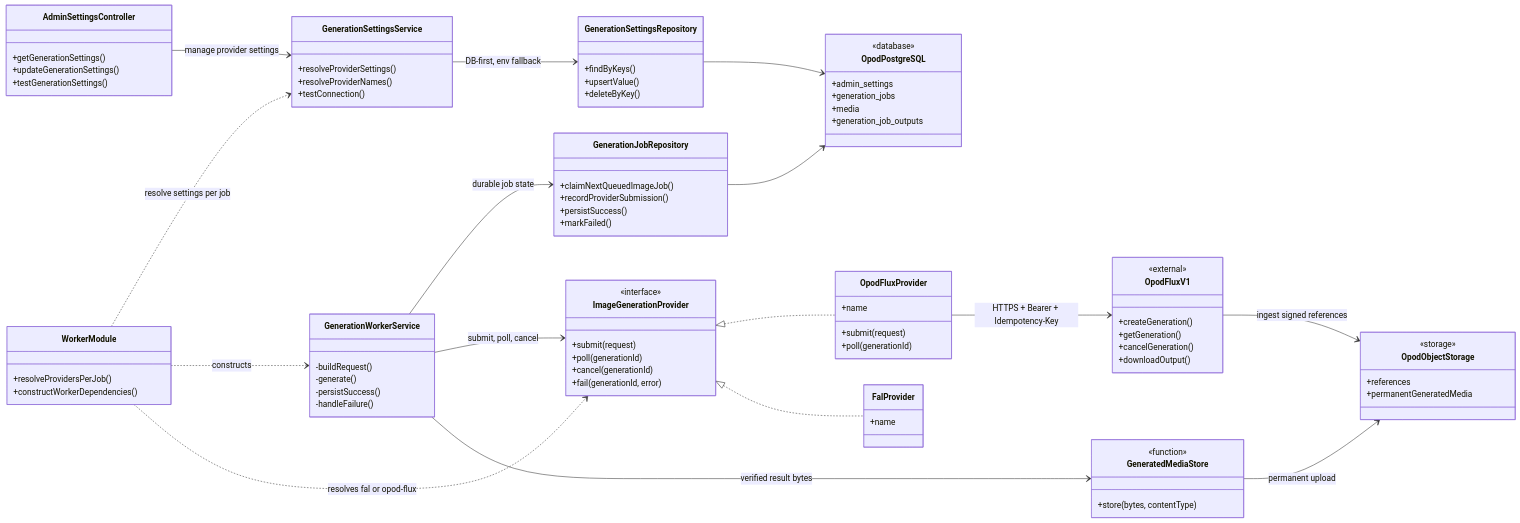
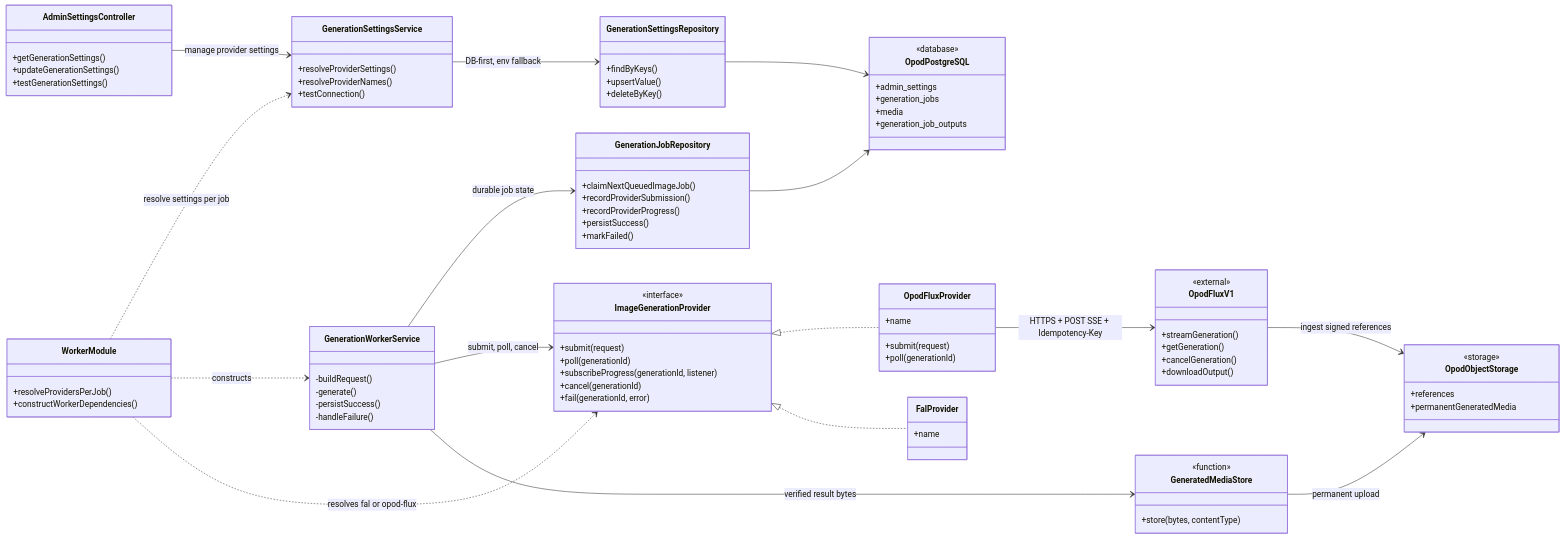
The first of 2 diagrams in docs/opod-flux-v1-integration.md (TaehoHong/opod-admin), drawn with Mermaid before and after one commit. The commit also changed other lines of this file and 20 other files, not shown here.

First line of the commit message:
feat: stream opod-flux image generation progress (#3)

````diff
--- a/docs/opod-flux-v1-integration.md
+++ b/docs/opod-flux-v1-integration.md
@@ -41,6 +43,7 @@
     class GenerationJobRepository {
         +claimNextQueuedImageJob()
         +recordProviderSubmission()
+        +recordProviderProgress()
         +persistSuccess()
         +markFailed()
     }
@@ -48,6 +51,7 @@
         <<interface>>
         +submit(request)
         +poll(generationId)
+        +subscribeProgress(generationId, listener)
         +cancel(generationId)
         +fail(generationId, error)
     }
@@ -65,7 +69,7 @@
     }
     class OpodFluxV1 {
         <<external>>
-        +createGeneration()
+        +streamGeneration()
         +getGeneration()
         +cancelGeneration()
         +downloadOutput()
@@ -95,7 +99,7 @@
     GenerationJobRepository --> OpodPostgreSQL
     ImageGenerationProvider <|.. OpodFluxProvider
     ImageGenerationProvider <|.. FalProvider
-    OpodFluxProvider --> OpodFluxV1 : HTTPS + Bearer + Idempotency-Key
+    OpodFluxProvider --> OpodFluxV1 : HTTPS + POST SSE + Idempotency-Key
     OpodFluxV1 --> OpodObjectStorage : ingest signed references
     GeneratedMediaStore --> OpodObjectStorage : permanent upload
 ```
````
